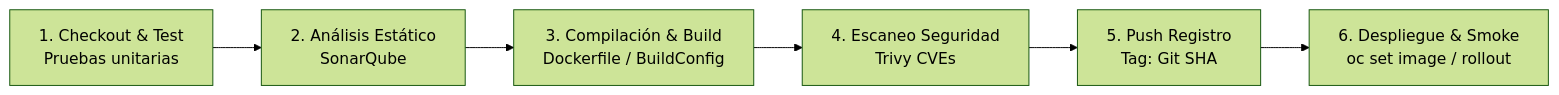
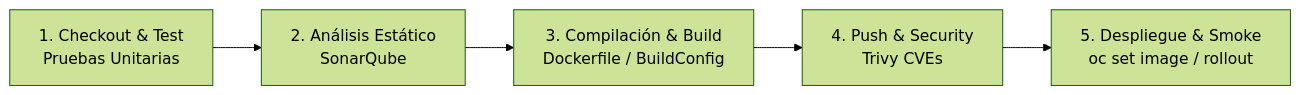
The first of 6 diagrams in docs/sesion4/4.7 Opciones de automatizacion.md (ieftraining/curso-openshift), drawn with Mermaid (forest theme) before and after one commit. The commit also changed other lines of this file, not shown here.

````diff
--- a/docs/sesion4/4.7 Opciones de automatizacion.md
+++ b/docs/sesion4/4.7 Opciones de automatizacion.md
@@ -22,8 +21,7 @@
 ```mermaid
 flowchart LR
-    A[1. Checkout & Test<br>Pruebas unitarias] --> B[2. Análisis Estático<br>SonarQube]
+    A[1. Checkout & Test<br>Pruebas Unitarias] --> B[2. Análisis Estático<br>SonarQube]
     B --> C[3. Compilación & Build<br>Dockerfile / BuildConfig]
-    C --> D[4. Escaneo Seguridad<br>Trivy CVEs]
-    D --> E[5. Push Registro<br>Tag: Git SHA]
-    E --> F[6. Despliegue & Smoke<br>oc set image / rollout]
+    C --> D[4. Push & Security<br>Trivy CVEs]
+    D --> E[5. Despliegue & Smoke<br>oc set image / rollout]
 ```
````
